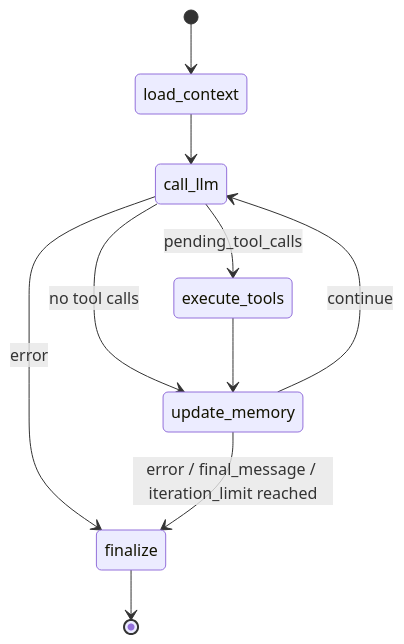
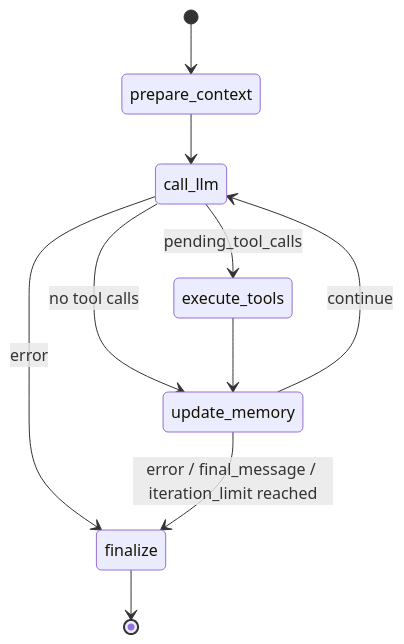
One commit to niean/n-agent changed the first of 4 diagrams in .harness/knowledge/06-domain-model.md. Above: the diagram before and after it, drawn with Mermaid. The commit also changed other lines of this file and 26 other files, not shown here.

````diff
--- a/.harness/knowledge/06-domain-model.md
+++ b/.harness/knowledge/06-domain-model.md
@@ -66,12 +31,13 @@
 ```mermaid
+%% align: left
 stateDiagram-v2
-  [*] --> load_context
-  load_context --> call_llm
+  [*] --> prepare_context
+  prepare_context --> call_llm
   call_llm --> execute_tools: pending_tool_calls
   call_llm --> update_memory: no tool calls
   call_llm --> finalize: error
   execute_tools --> update_memory
   update_memory --> call_llm: continue
   update_memory --> finalize: error / final_message / iteration_limit reached
   finalize --> [*]
 ```
````
